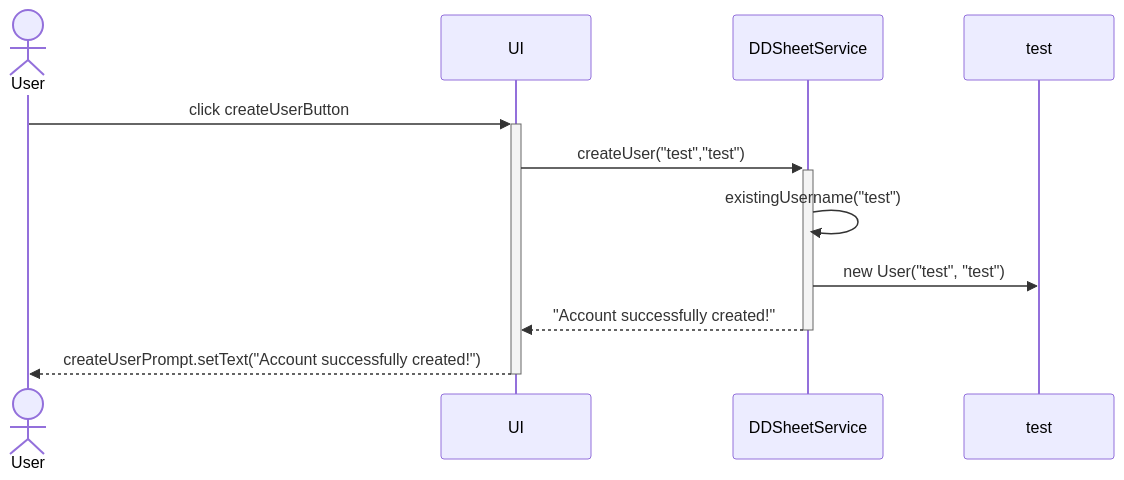
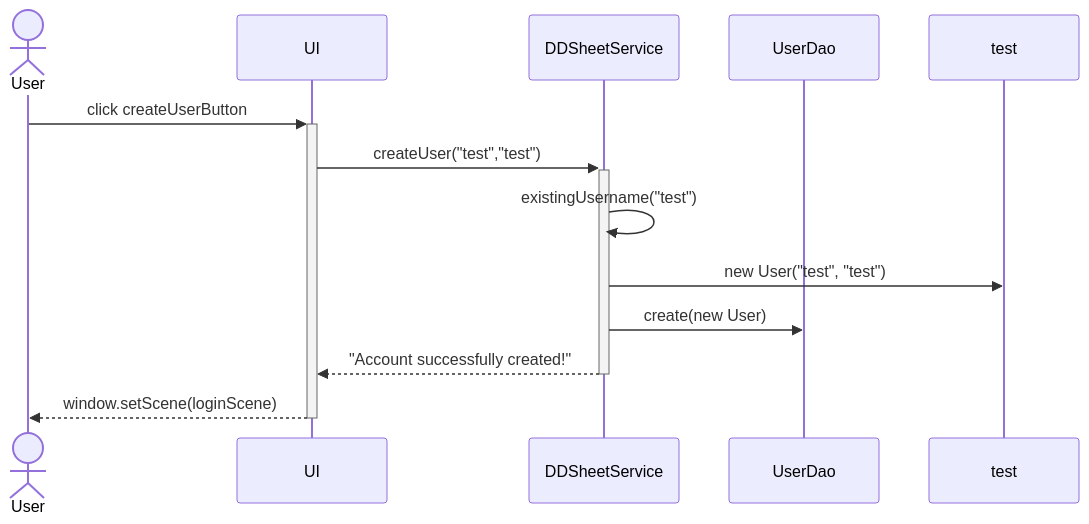
One commit to mfk99/ot-harjoitustyo changed the second of 3 diagrams in dokumentaatio/arkkitehtuuri.md. Above: the diagram before and after it, drawn with Mermaid. The commit also changed other lines of this file, not shown here.

````diff
--- a/dokumentaatio/arkkitehtuuri.md
+++ b/dokumentaatio/arkkitehtuuri.md
@@ -11,12 +57,14 @@
 ```mermaid
 sequenceDiagram
     actor User
     participant UI
     participant DDSheetService
+    participant UserDao
     User->>+UI: click createUserButton
     UI->>+DDSheetService: createUser("test","test")
     DDSheetService->>DDSheetService: existingUsername("test")
     DDSheetService->>test: new User("test", "test")
+    DDSheetService->>UserDao: create(new User)
     DDSheetService-->>-UI: "Account successfully created!"
-    UI-->>-User: createUserPrompt.setText("Account successfully created!")
+    UI-->>-User: window.setScene(loginScene)
 ```
````
